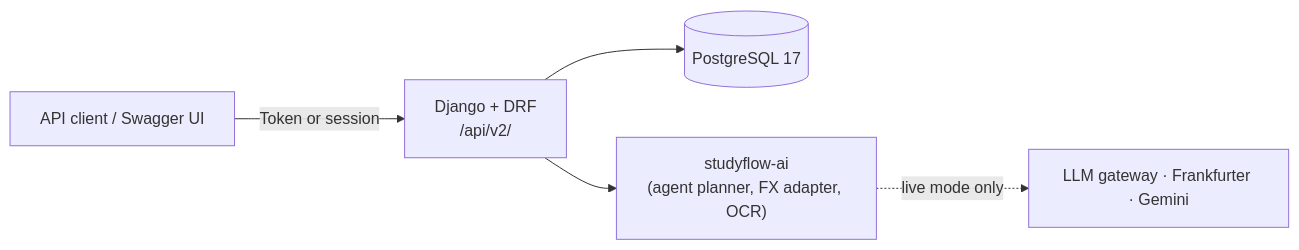
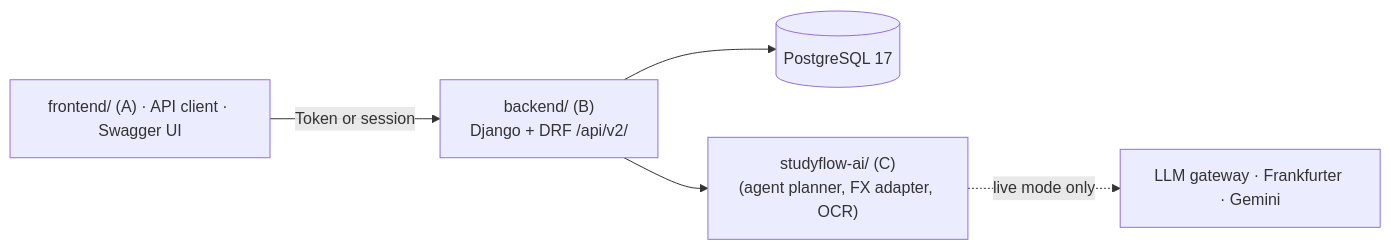
One commit to Ttttt12138/StudyFlow changed the diagram in README.md. Above: the diagram before and after it, drawn with Mermaid. The commit also changed other lines of this file and 261 other files, not shown here.

First line of the commit message:
refactor: move the Django backend (B) into backend/

````diff
--- a/README.md
+++ b/README.md
@@ -32,7 +30,7 @@
 ```mermaid
 flowchart LR
-    client["API client / Swagger UI"] -->|Token or session| api["Django + DRF<br/>/api/v2/"]
+    client["frontend/ (A) · API client · Swagger UI"] -->|Token or session| api["backend/ (B)<br/>Django + DRF /api/v2/"]
     api --> pg[("PostgreSQL 17")]
-    api --> c["studyflow-ai<br/>(agent planner, FX adapter, OCR)"]
+    api --> c["studyflow-ai/ (C)<br/>(agent planner, FX adapter, OCR)"]
     c -. live mode only .-> ext["LLM gateway · Frankfurter · Gemini"]
 ```
````
